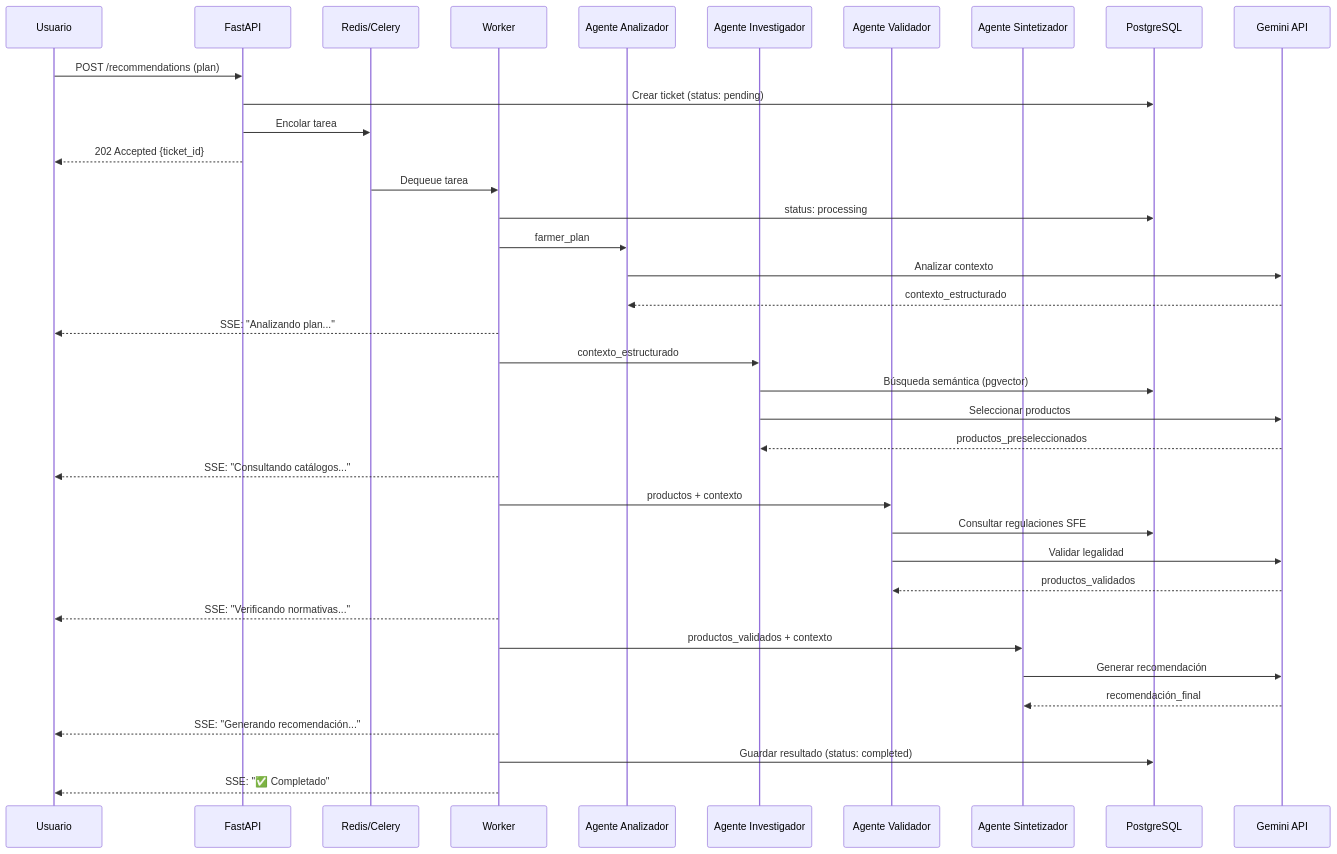
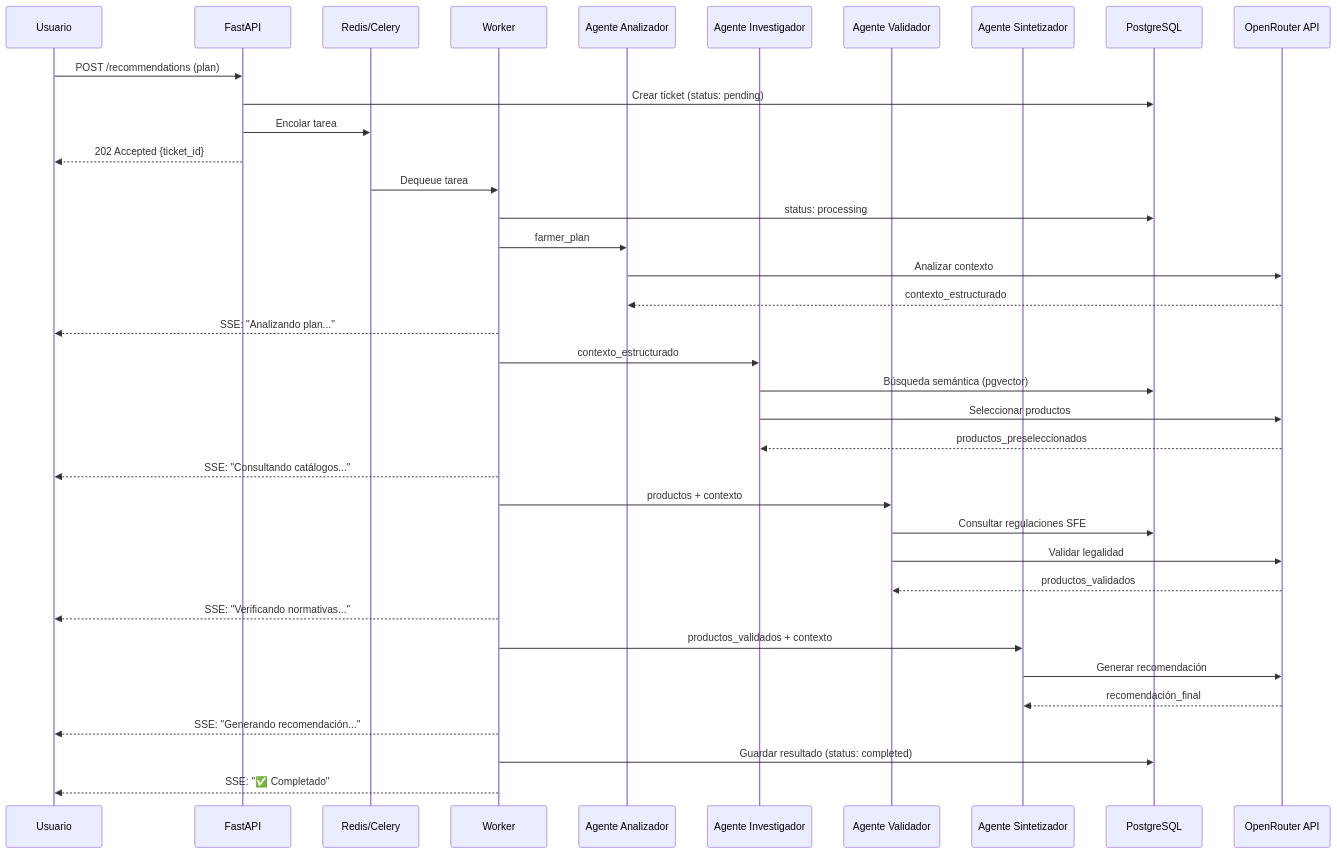
Before and after one commit to xHellish/synapseed: the third of 4 diagrams in Docs/implementation_plan_1.md, drawn with Mermaid. The commit also changed other lines of this file and 10 other files, not shown here.

Commit message:
Migrate from Gemini to OpenRouter API for embeddings and recommendations

````diff
--- a/Docs/implementation_plan_1.md
+++ b/Docs/implementation_plan_1.md
@@ -469,46 +469,46 @@
 ```mermaid
 sequenceDiagram
     participant U as Usuario
     participant API as FastAPI
     participant Q as Redis/Celery
     participant W as Worker
     participant A1 as Agente Analizador
     participant A2 as Agente Investigador
     participant A3 as Agente Validador
     participant A4 as Agente Sintetizador
     participant DB as PostgreSQL
-    participant LLM as Gemini API
+    participant LLM as OpenRouter API
 
     U->>API: POST /recommendations (plan)
     API->>DB: Crear ticket (status: pending)
     API->>Q: Encolar tarea
     API-->>U: 202 Accepted {ticket_id}
 
     Q->>W: Dequeue tarea
     W->>DB: status: processing
 
     W->>A1: farmer_plan
     A1->>LLM: Analizar contexto
     LLM-->>A1: contexto_estructurado
     W-->>U: SSE: "Analizando plan..."
 
     W->>A2: contexto_estructurado
     A2->>DB: Búsqueda semántica (pgvector)
     A2->>LLM: Seleccionar productos
     LLM-->>A2: productos_preseleccionados
     W-->>U: SSE: "Consultando catálogos..."
 
     W->>A3: productos + contexto
     A3->>DB: Consultar regulaciones SFE
     A3->>LLM: Validar legalidad
     LLM-->>A3: productos_validados
     W-->>U: SSE: "Verificando normativas..."
 
     W->>A4: productos_validados + contexto
     A4->>LLM: Generar recomendación
     LLM-->>A4: recomendación_final
     W-->>U: SSE: "Generando recomendación..."
 
     W->>DB: Guardar resultado (status: completed)
     W-->>U: SSE: "✅ Completado"
 ```
````
